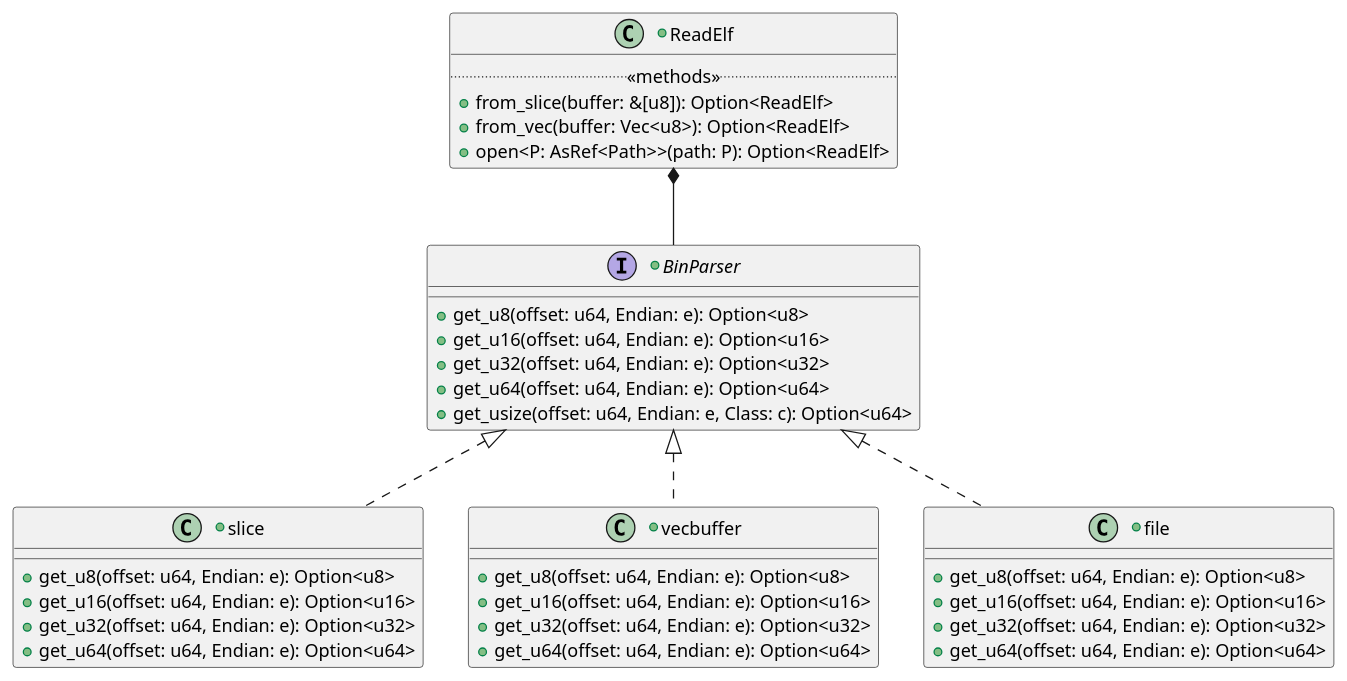
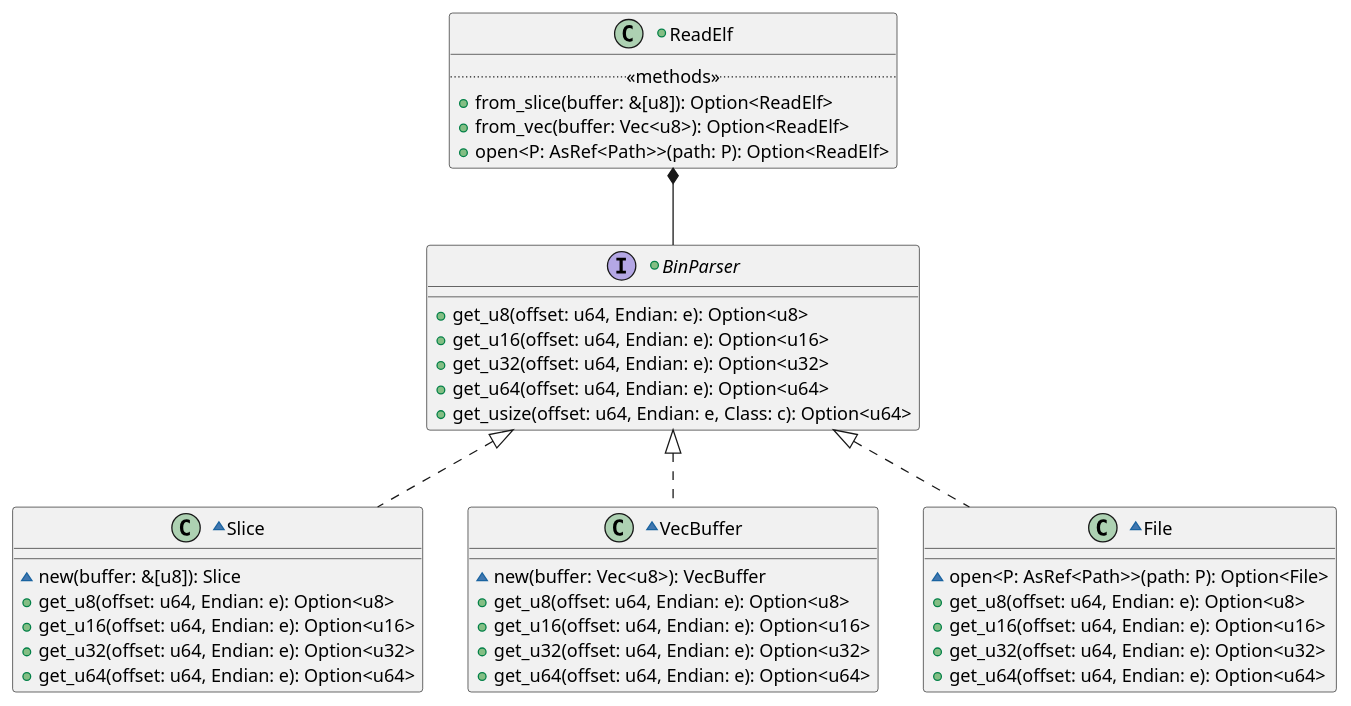
The diagram in readelf/doc/assets/readelf-buff.plantuml (jcurl/rustlib), drawn with PlantUML before and after one commit. The commit also changed 11 other files, not shown here.

```diff
--- a/readelf/doc/assets/readelf-buff.plantuml
+++ b/readelf/doc/assets/readelf-buff.plantuml
@@ -1,43 +1,46 @@
 @startuml readelf_buffer
 
 +class ReadElf {
     .. <<methods>> ..
     +from_slice(buffer: &[u8]): Option<ReadElf>
     +from_vec(buffer: Vec<u8>): Option<ReadElf>
     +open<P: AsRef<Path>>(path: P): Option<ReadElf>
 }
 
 +interface BinParser {
     +get_u8(offset: u64, Endian: e): Option<u8>
     +get_u16(offset: u64, Endian: e): Option<u16>
     +get_u32(offset: u64, Endian: e): Option<u32>
     +get_u64(offset: u64, Endian: e): Option<u64>
     +get_usize(offset: u64, Endian: e, Class: c): Option<u64>
 }
 
-+class slice {
+~class Slice {
+    ~new(buffer: &[u8]): Slice
     +get_u8(offset: u64, Endian: e): Option<u8>
     +get_u16(offset: u64, Endian: e): Option<u16>
     +get_u32(offset: u64, Endian: e): Option<u32>
     +get_u64(offset: u64, Endian: e): Option<u64>
 }
 
-+class vecbuffer {
+~class VecBuffer {
+    ~new(buffer: Vec<u8>): VecBuffer
     +get_u8(offset: u64, Endian: e): Option<u8>
     +get_u16(offset: u64, Endian: e): Option<u16>
     +get_u32(offset: u64, Endian: e): Option<u32>
     +get_u64(offset: u64, Endian: e): Option<u64>
 }
 
-+class file {
+~class File {
+    ~open<P: AsRef<Path>>(path: P): Option<File>
     +get_u8(offset: u64, Endian: e): Option<u8>
     +get_u16(offset: u64, Endian: e): Option<u16>
     +get_u32(offset: u64, Endian: e): Option<u32>
     +get_u64(offset: u64, Endian: e): Option<u64>
 }
 
 ReadElf *-d- BinParser
-BinParser <|.. slice
-BinParser <|.. vecbuffer
-BinParser <|.. file
+BinParser <|.. Slice
+BinParser <|.. VecBuffer
+BinParser <|.. File
 @enduml
```
